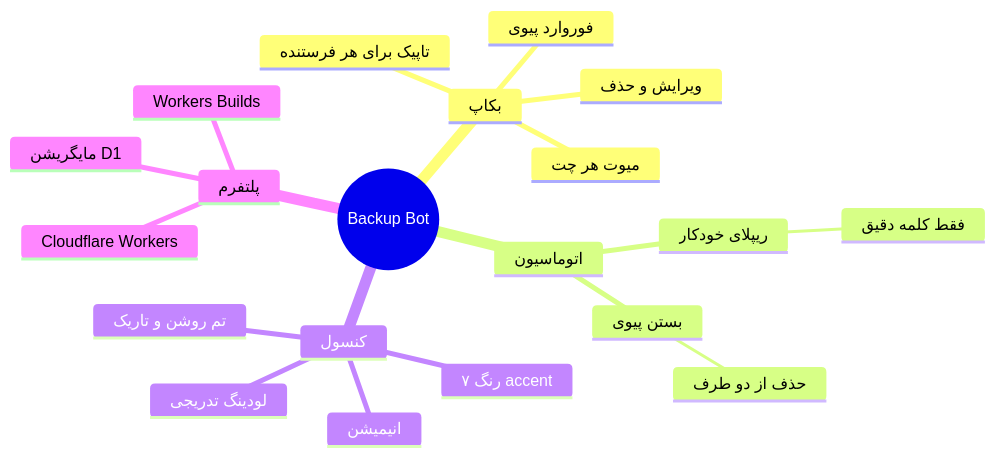
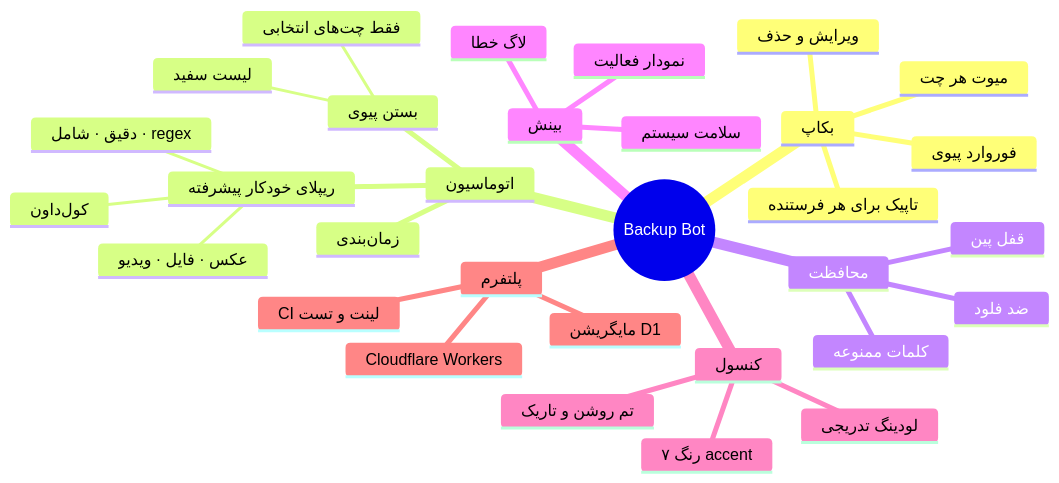
One commit to imhamiddev/Telegram-account-manager changed the fourth of 6 diagrams in README.fa.md. Above: the diagram before and after it, drawn with Mermaid. The commit also changed other lines of this file, not shown here.

Commit message:
docs(readme-fa): refreshed flow chart, mind map and ER diagram

````diff
--- a/README.fa.md
+++ b/README.fa.md
@@ -166,23 +174,34 @@
 ```mermaid
 mindmap
   root((Backup Bot))
     بکاپ
       فوروارد پیوی
       ویرایش و حذف
       تاپیک برای هر فرستنده
       میوت هر چت
     اتوماسیون
-      ریپلای خودکار
-        فقط کلمه دقیق
+      ریپلای خودکار پیشرفته
+        دقیق · شامل · regex
+        کول‌داون
+        عکس · فایل · ویدیو
       بستن پیوی
-        حذف از دو طرف
+        لیست سفید
+        فقط چت‌های انتخابی
+      زمان‌بندی
+    محافظت
+      کلمات ممنوعه
+      ضد فلود
+      قفل پین
+    بینش
+      نمودار فعالیت
+      سلامت سیستم
+      لاگ خطا
     کنسول
       تم روشن و تاریک
       ۷ رنگ accent
       لودینگ تدریجی
-      انیمیشن
     پلتفرم
       Cloudflare Workers
       مایگریشن D1
-      Workers Builds
+      CI لینت و تست
 ```
````
